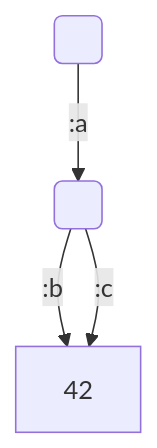
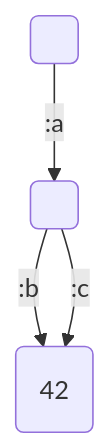
One commit to ekoontz/dag-unify changed the third of 4 diagrams in README.md. Above: the diagram before and after it, drawn with Mermaid. The commit also changed other lines of this file, not shown here.

Commit message:
use round brackets for mermaid diagrams consistently

````diff
--- a/README.md
+++ b/README.md
@@ -140,6 +140,6 @@
 ```mermaid
 graph TD
     X( ) --> |:a| B( )
-    B -->|:b| D[42]
+    B -->|:b| D(42)
     B -->|:c| D
 ```
````
